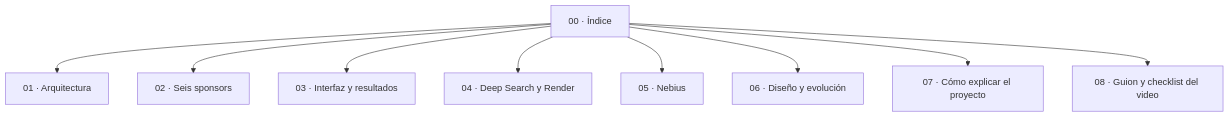
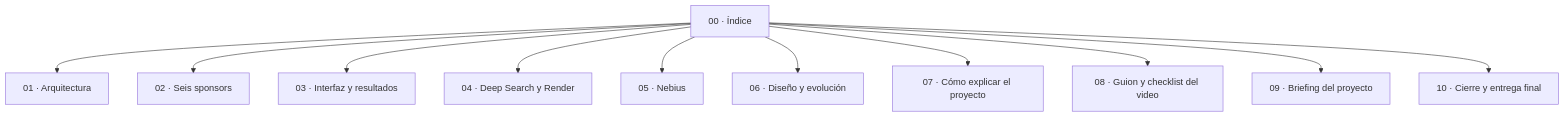
Before and after one commit to arenasantiago/burningtoken: the diagram in docs/obsidian/00_INDICE_TRUTH_TRIBUNAL.md, drawn with Mermaid. The commit also changed other lines of this file and 1 other file, not shown here.

Commit message:
docs(obsidian): registrar hito de entrega final y cierre del hackathon

````diff
--- a/docs/obsidian/00_INDICE_TRUTH_TRIBUNAL.md
+++ b/docs/obsidian/00_INDICE_TRUTH_TRIBUNAL.md
@@ -22,11 +22,13 @@
 ```mermaid
 flowchart TD
     I[00 · Índice] --> A[01 · Arquitectura]
     I --> S[02 · Seis sponsors]
     I --> U[03 · Interfaz y resultados]
     I --> R[04 · Deep Search y Render]
     I --> N[05 · Nebius]
     I --> D[06 · Diseño y evolución]
     I --> P[07 · Cómo explicar el proyecto]
     I --> V[08 · Guion y checklist del video]
+    I --> B[09 · Briefing del proyecto]
+    I --> C[10 · Cierre y entrega final]
 ```
````
